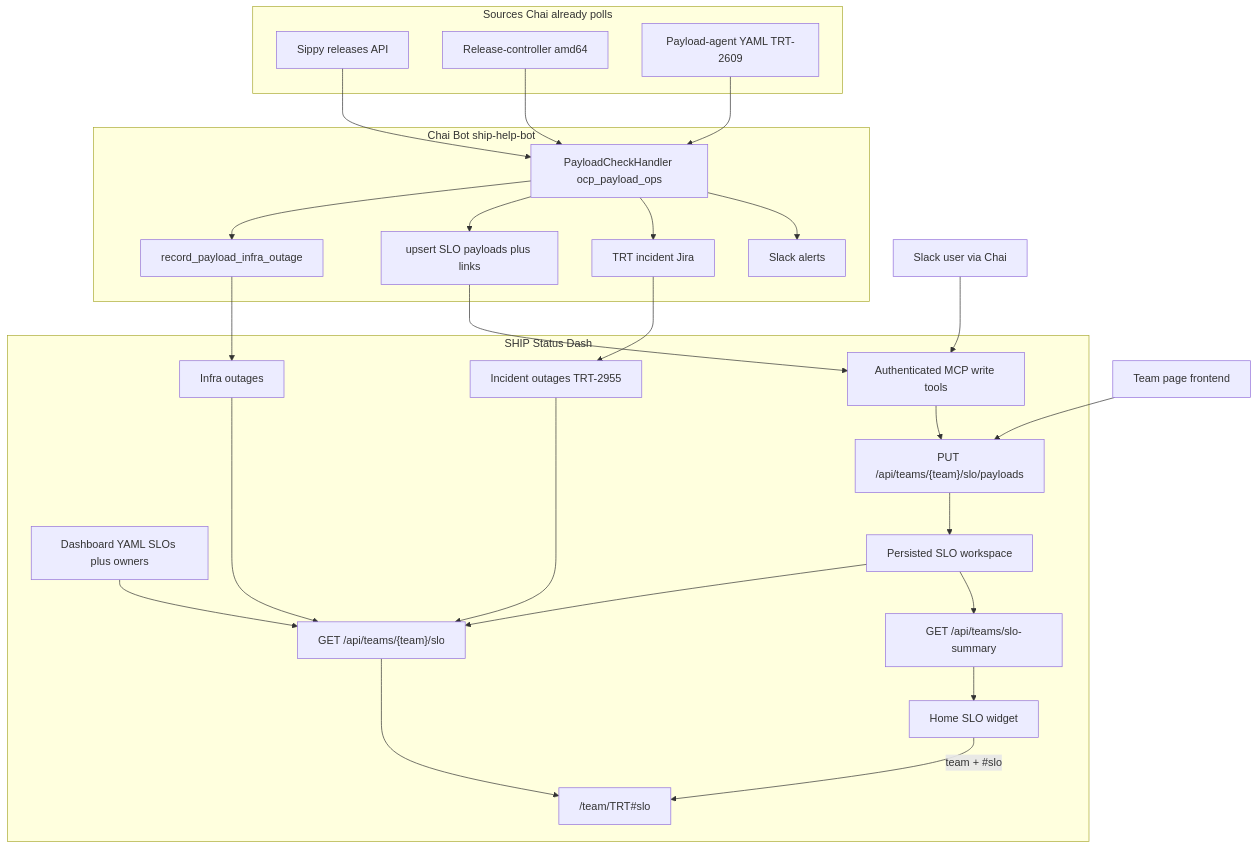
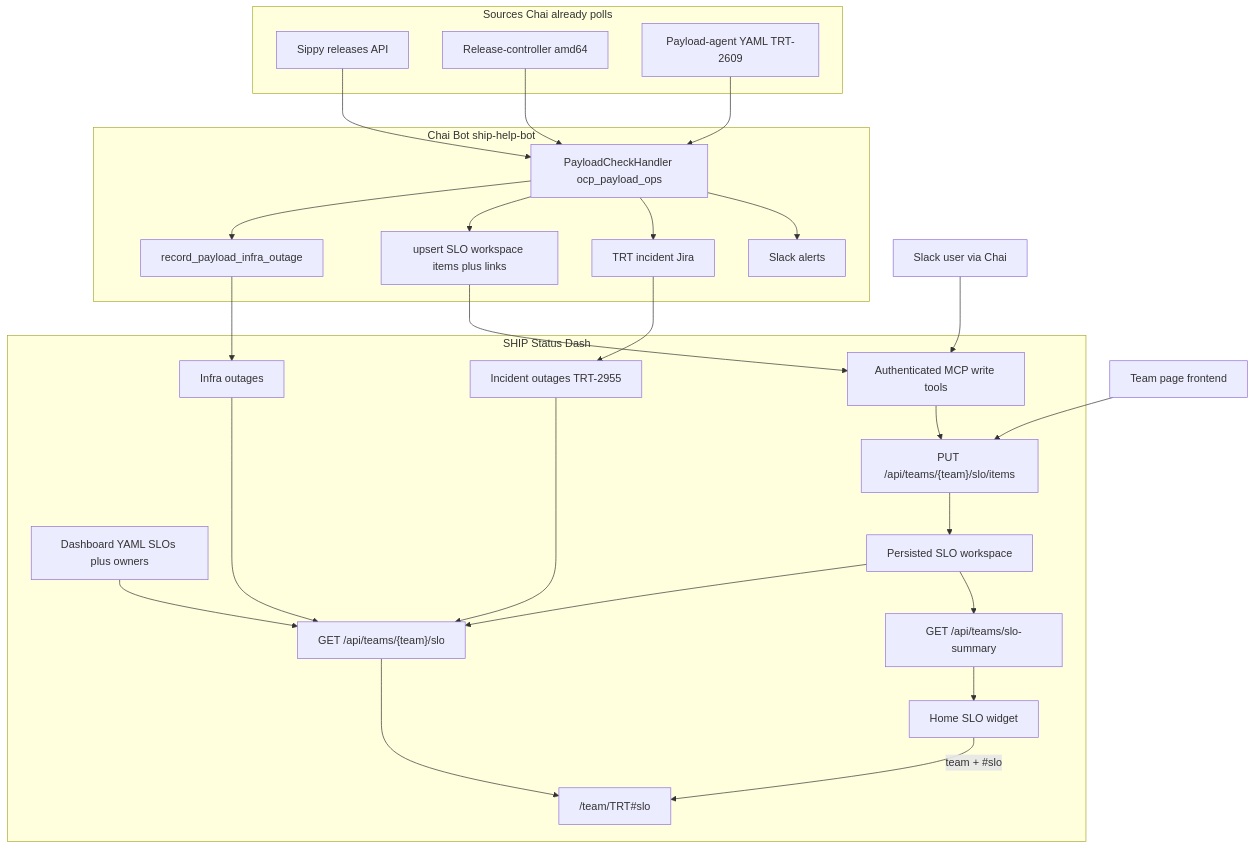
The diagram in docs/plans/trt-2722/README.md (openshift-eng/ship-status-dash), drawn with Mermaid before and after one commit. The commit also changed other lines of this file, not shown here.

First line of the commit message:
docs: keep SLO storage generic instead of payload-shaped columns

````diff
--- a/docs/plans/trt-2722/README.md
+++ b/docs/plans/trt-2722/README.md
@@ -65,45 +65,45 @@
 ```mermaid
 flowchart TB
   subgraph sources [Sources Chai already polls]
     Sippy[Sippy releases API]
     RC[Release-controller amd64]
     Agent[Payload-agent YAML TRT-2609]
   end
 
   subgraph chai [Chai Bot ship-help-bot]
     Handler[PayloadCheckHandler ocp_payload_ops]
     InfraWrap[record_payload_infra_outage]
-    SloWrap[upsert SLO payloads plus links]
+    SloWrap[upsert SLO workspace items plus links]
     Jira[TRT incident Jira]
     SlackMsg[Slack alerts]
   end
 
   subgraph shipStatus [SHIP Status Dash]
     YAML[Dashboard YAML SLOs plus owners]
     Store[Persisted SLO workspace]
     Incidents[Incident outages TRT-2955]
     InfraOut[Infra outages]
-    WriteAPI["PUT /api/teams/{team}/slo/payloads"]
+    WriteAPI["PUT /api/teams/{team}/slo/items"]
     AuthMCP[Authenticated MCP write tools]
     DetailAPI["GET /api/teams/{team}/slo"]
     SummaryAPI["GET /api/teams/slo-summary"]
     TeamPage["/team/TRT#slo"]
     Home[Home SLO widget]
   end
 
   Sippy --> Handler
   RC --> Handler
   Agent --> Handler
   Handler --> InfraWrap --> InfraOut
   Handler --> SloWrap --> AuthMCP --> WriteAPI --> Store
   Handler --> Jira --> Incidents
   Handler --> SlackMsg
   UI[Team page frontend] --> WriteAPI
   SlackHuman[Slack user via Chai] --> AuthMCP
   YAML --> DetailAPI
   Store --> DetailAPI --> TeamPage
   Store --> SummaryAPI --> Home
   Home -->|"team + #slo"| TeamPage
   Incidents --> DetailAPI
   InfraOut --> DetailAPI
 ```
````
